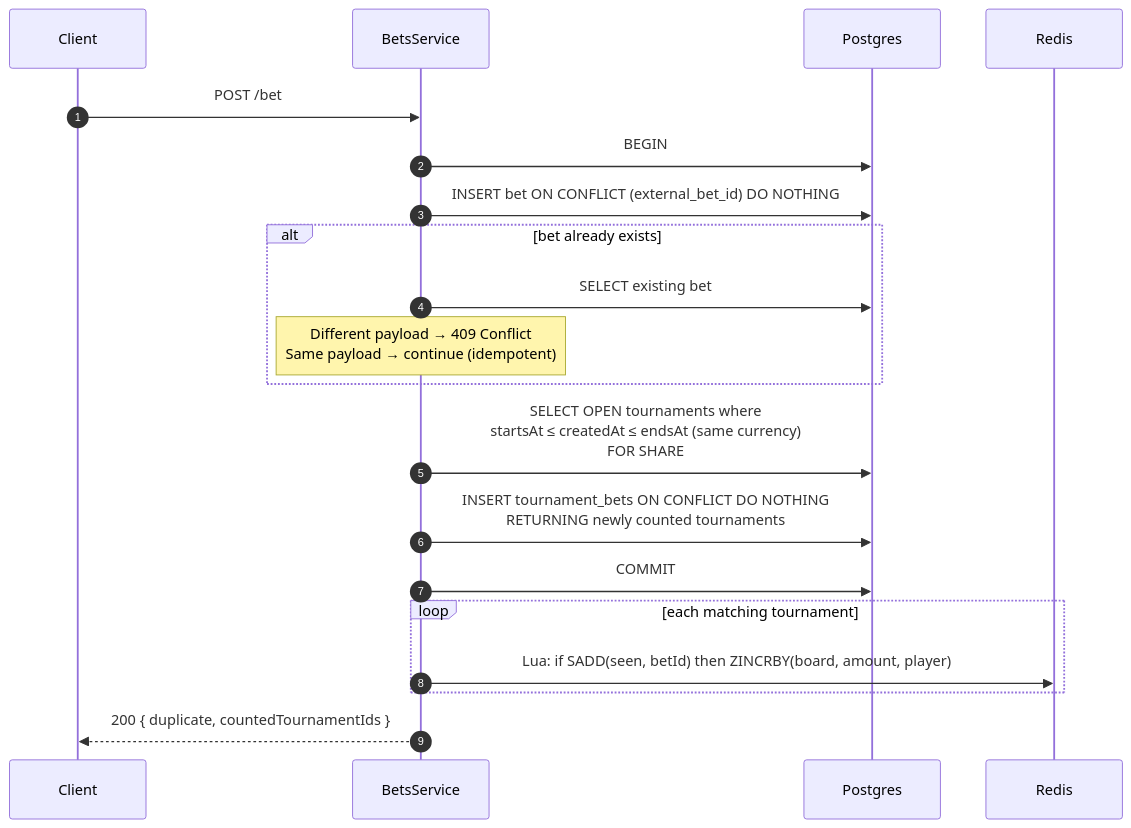
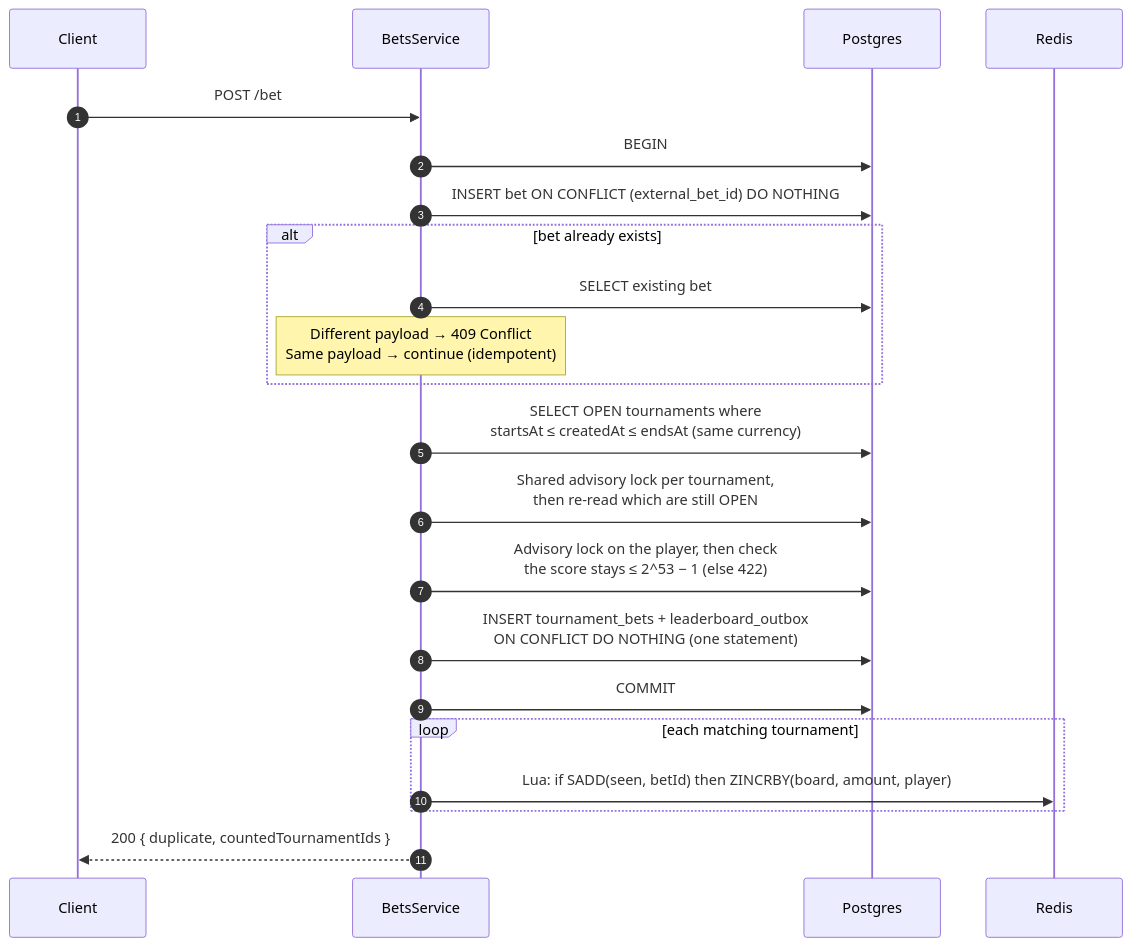
The second of 4 diagrams in README.md (tomBold/tournaments), drawn with Mermaid before and after one commit. The commit also changed other lines of this file and 35 other files, not shown here.

````diff
--- a/README.md
+++ b/README.md
@@ -194,23 +207,25 @@
 ```mermaid
 sequenceDiagram
     autonumber
     participant C as Client
     participant API as BetsService
     participant PG as Postgres
     participant R as Redis
 
     C->>API: POST /bet
     API->>PG: BEGIN
     API->>PG: INSERT bet ON CONFLICT (external_bet_id) DO NOTHING
     alt bet already exists
         API->>PG: SELECT existing bet
         Note over API: Different payload → 409 Conflict<br/>Same payload → continue (idempotent)
     end
-    API->>PG: SELECT OPEN tournaments where<br/>startsAt ≤ createdAt ≤ endsAt (same currency)<br/>FOR SHARE
-    API->>PG: INSERT tournament_bets ON CONFLICT DO NOTHING<br/>RETURNING newly counted tournaments
+    API->>PG: SELECT OPEN tournaments where<br/>startsAt ≤ createdAt ≤ endsAt (same currency)
+    API->>PG: Shared advisory lock per tournament,<br/>then re-read which are still OPEN
+    API->>PG: Advisory lock on the player, then check<br/>the score stays ≤ 2^53 − 1 (else 422)
+    API->>PG: INSERT tournament_bets + leaderboard_outbox<br/>ON CONFLICT DO NOTHING (one statement)
     API->>PG: COMMIT
     loop each matching tournament
         API->>R: Lua: if SADD(seen, betId) then ZINCRBY(board, amount, player)
     end
     API-->>C: 200 { duplicate, countedTournamentIds }
 ```
````
